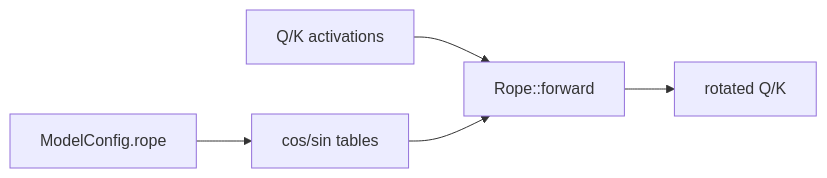
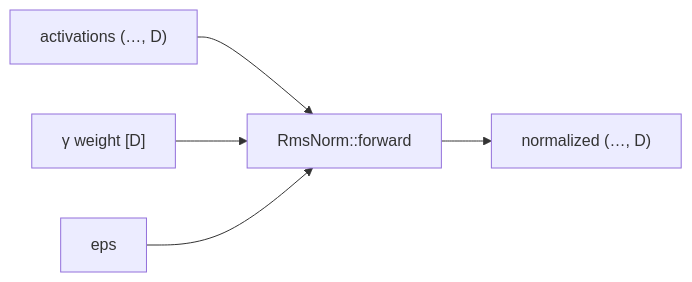
Before and after one commit to 404khai/phalanx: the second of 2 diagrams in docs/architecture.md, drawn with Mermaid. The commit also changed other lines of this file and 18 other files, not shown here.

````diff
--- a/docs/architecture.md
+++ b/docs/architecture.md
@@ -58,7 +65,7 @@
 ```mermaid
 flowchart LR
-    Cfg["ModelConfig.rope"] --> Cache["cos/sin tables"]
-    QK["Q/K activations"] --> Apply["Rope::forward"]
-    Cache --> Apply
-    Apply --> Out["rotated Q/K"]
+    X["activations (…, D)"] --> RMS["RmsNorm::forward"]
+    G["γ weight [D]"] --> RMS
+    E["eps"] --> RMS
+    RMS --> Y["normalized (…, D)"]
 ```
````
